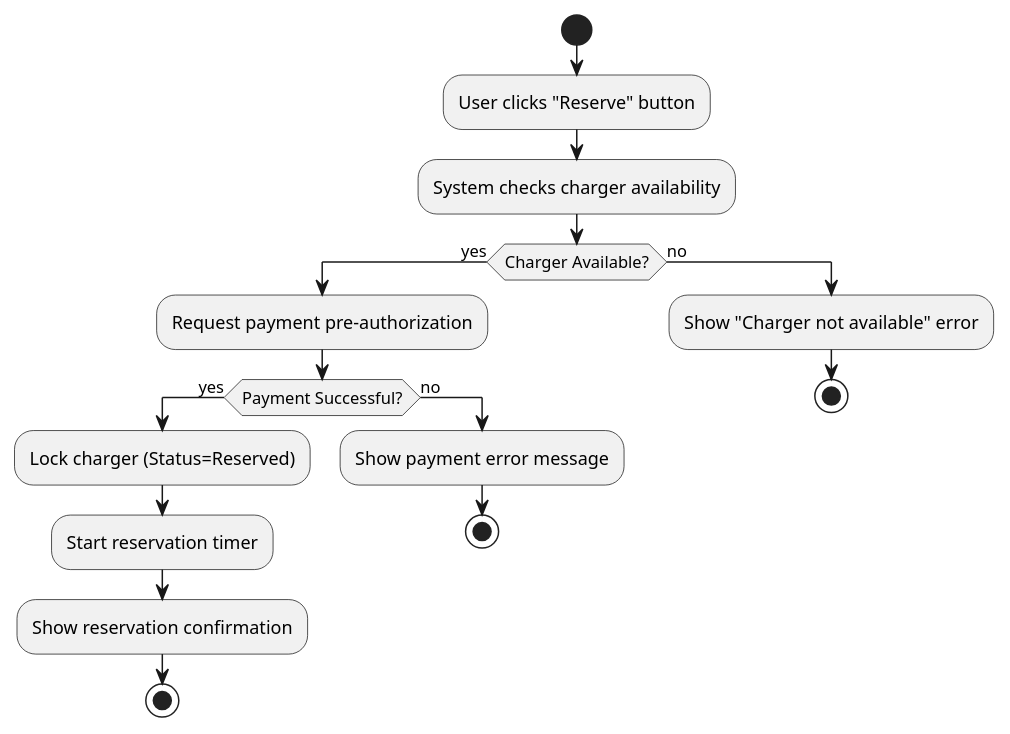
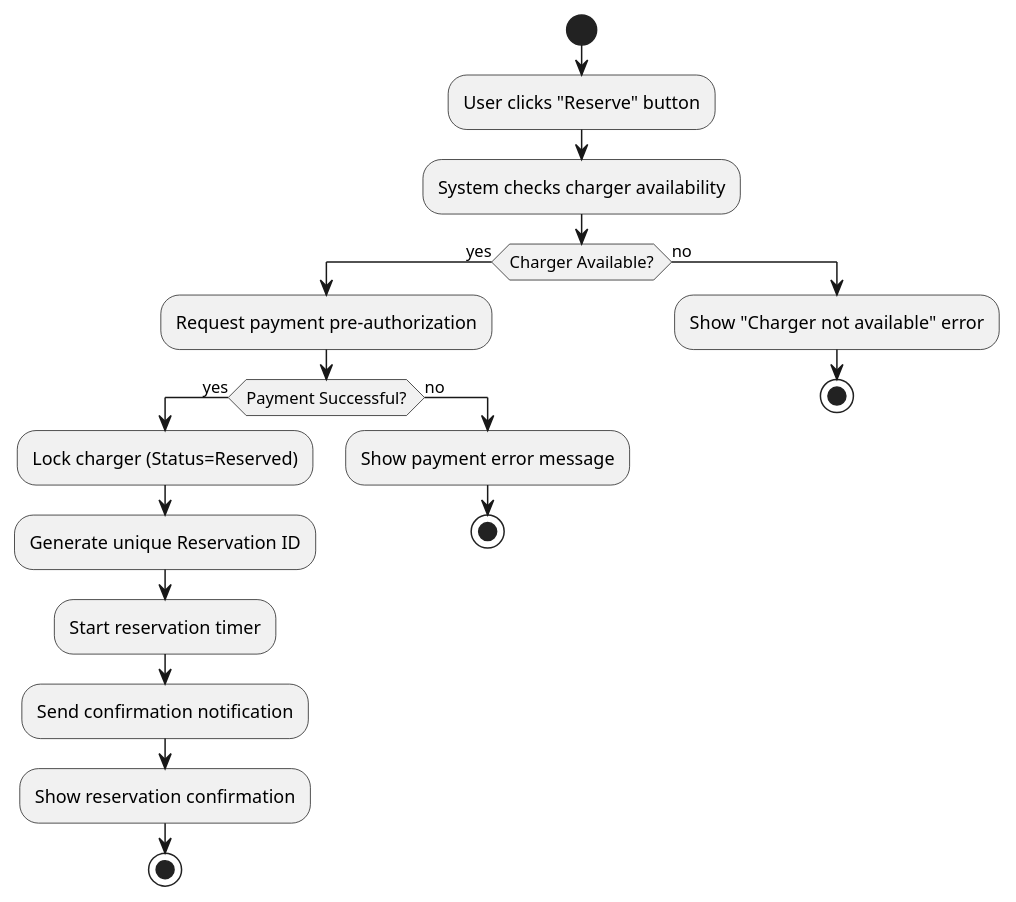
The first of 3 diagrams in documentation/SRS.md (sotiriskavadakis/softeng25-42), drawn with PlantUML before and after one commit. The commit also changed other lines of this file, not shown here.

Commit message:
alternate flows for use case 2

````diff
--- a/documentation/SRS.md
+++ b/documentation/SRS.md
@@ -292,22 +291,24 @@
 ```plantuml
 @startuml
 start
 :User clicks "Reserve" button;
 :System checks charger availability;
 if (Charger Available?) then (yes)
   :Request payment pre-authorization;
   if (Payment Successful?) then (yes)
     :Lock charger (Status=Reserved);
+    :Generate unique Reservation ID;
     :Start reservation timer;
+    :Send confirmation notification;
     :Show reservation confirmation;
     stop
   else (no)
     :Show payment error message;
     stop
   endif
 else (no)
   :Show "Charger not available" error;
   stop
 endif
 @enduml
 ```
````
